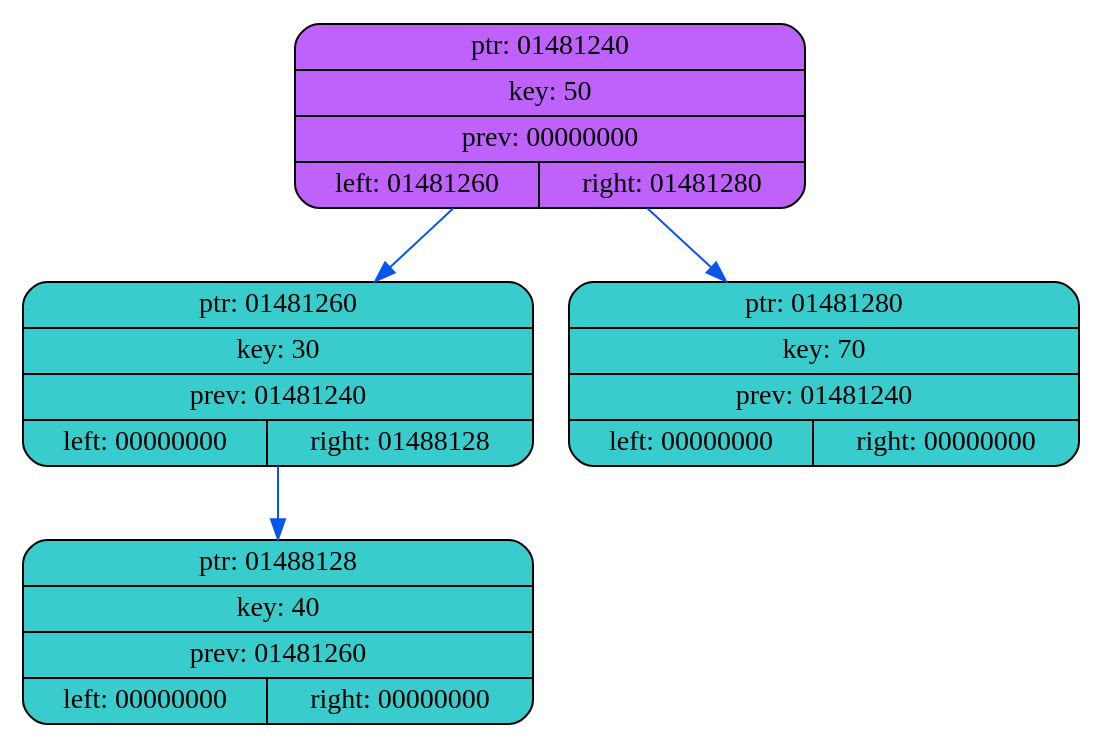
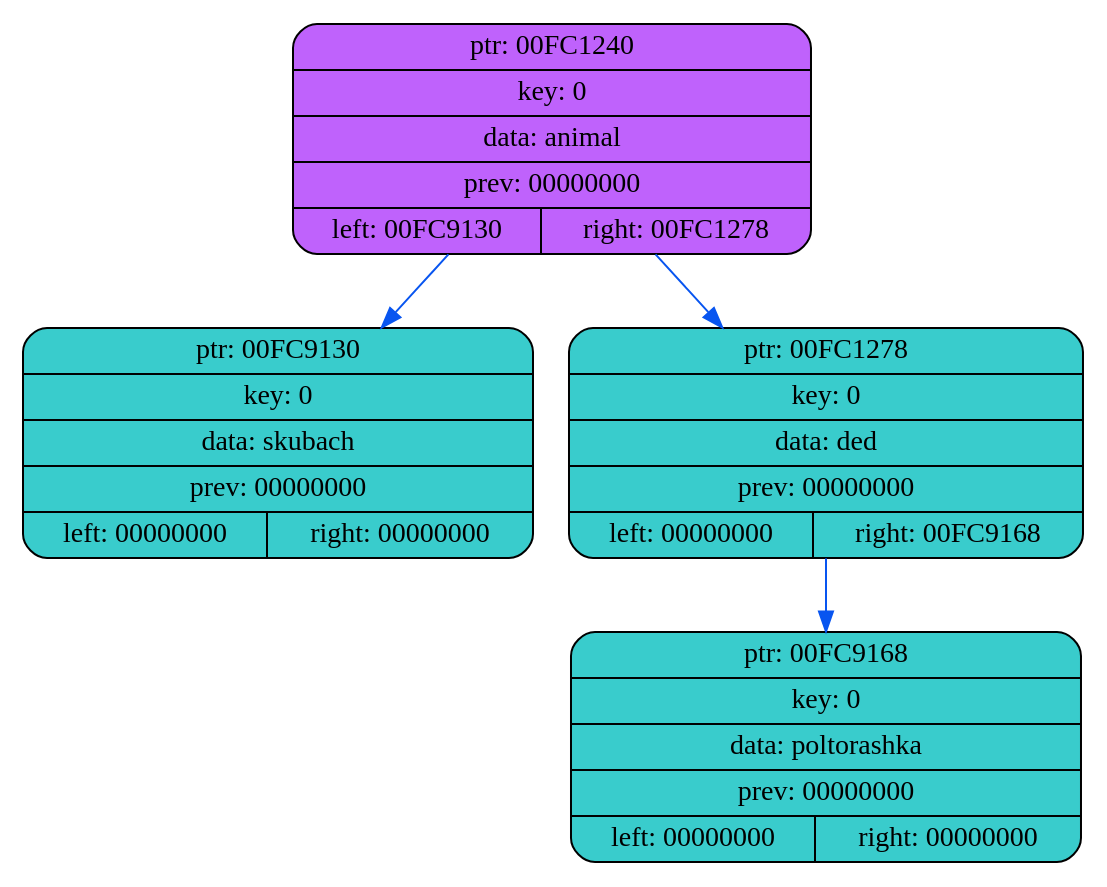
Before and after one commit to coffee8cat/akinator: the diagram in data/dump1.dot, drawn with Graphviz. The commit also changed 8 other files, not shown here.

```diff
--- a/data/dump1.dot
+++ b/data/dump1.dot
@@ -1,12 +1,12 @@
 digraph
 {
     rankdir=TP
 
-        node01481240[shape=record,style="rounded,filled",fillcolor="#BF62FC",label="{ ptr: 01481240 | key: 50 | prev: 00000000| { left: 01481260 | right: 01481280 }}"];
-    node01481240 -> node01481260[color="#0855F0"]
-    node01481260[shape=record,style="rounded,filled",fillcolor="#39CCCC",label="{ ptr: 01481260 | key: 30 | prev: 01481240 | { left: 00000000 | right: 01488128 }}"];
-    node01481260 -> node01488128[color="#0855F0"]
-    node01488128[shape=record,style="rounded,filled",fillcolor="#39CCCC",label="{ ptr: 01488128 | key: 40 | prev: 01481260 | { left: 00000000 | right: 00000000 }}"];
-    node01481240 -> node01481280[color="#0855F0"]
-    node01481280[shape=record,style="rounded,filled",fillcolor="#39CCCC",label="{ ptr: 01481280 | key: 70 | prev: 01481240 | { left: 00000000 | right: 00000000 }}"];
+        node00FC1240[shape=record,style="rounded,filled",fillcolor="#BF62FC",label="{ ptr: 00FC1240 | key: 0 | data: animal| prev: 00000000| { left: 00FC9130 | right: 00FC1278 }}"];
+    node00FC1240 -> node00FC9130[color="#0855F0"]
+    node00FC9130[shape=record,style="rounded,filled",fillcolor="#39CCCC",label="{ ptr: 00FC9130 | key: 0 | data: skubach| prev: 00000000 | { left: 00000000 | right: 00000000 }}"];
+    node00FC1240 -> node00FC1278[color="#0855F0"]
+    node00FC1278[shape=record,style="rounded,filled",fillcolor="#39CCCC",label="{ ptr: 00FC1278 | key: 0 | data: ded| prev: 00000000 | { left: 00000000 | right: 00FC9168 }}"];
+    node00FC1278 -> node00FC9168[color="#0855F0"]
+    node00FC9168[shape=record,style="rounded,filled",fillcolor="#39CCCC",label="{ ptr: 00FC9168 | key: 0 | data: poltorashka| prev: 00000000 | { left: 00000000 | right: 00000000 }}"];
 }
```
